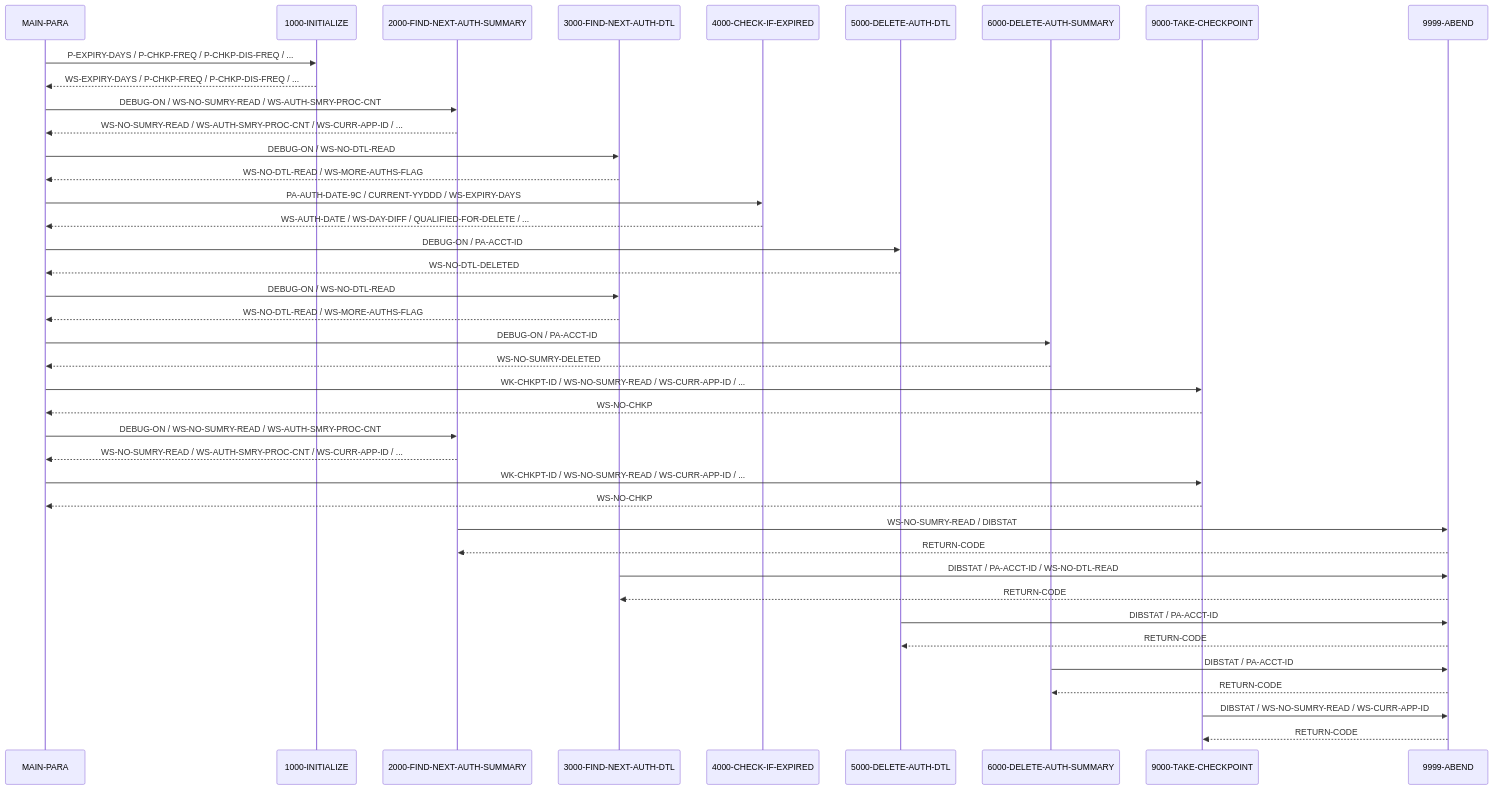
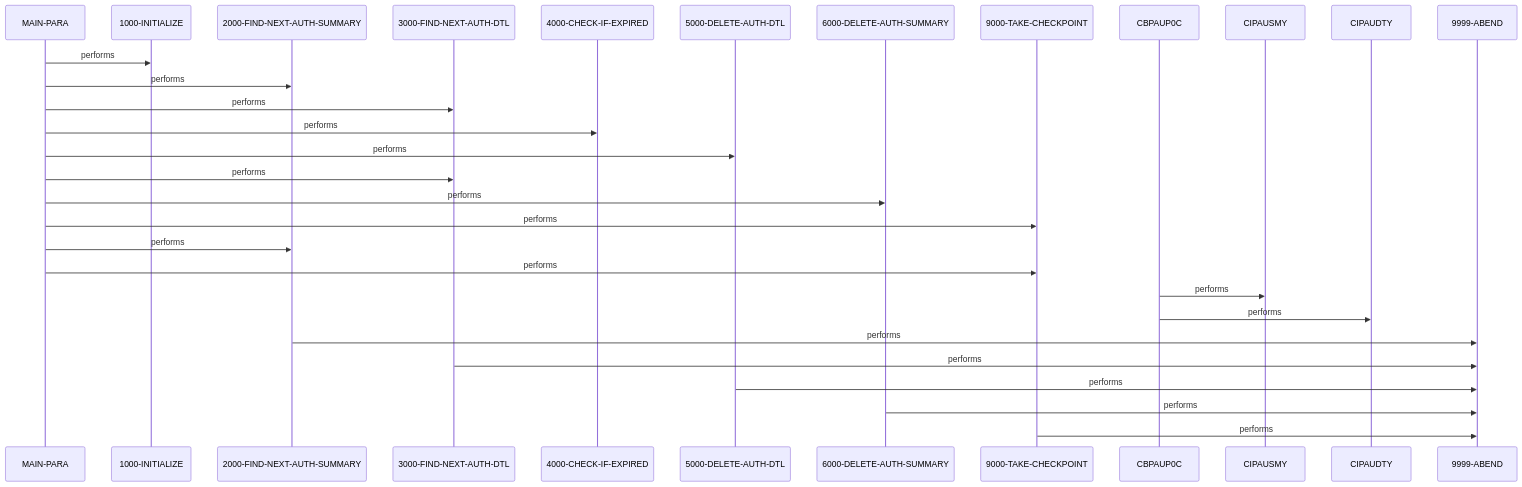
The second of 2 diagrams in example_output/cbl/CBPAUP0C.cbl.md (andrasfe/war_rig), drawn with Mermaid before and after one commit. The commit also changed other lines of this file and 264 other files, not shown here.

````diff
--- a/example_output/cbl/CBPAUP0C.cbl.md
+++ b/example_output/cbl/CBPAUP0C.cbl.md
@@ -112,42 +125,32 @@
 ```mermaid
 sequenceDiagram
     participant MAIN_PARA as MAIN-PARA
     participant 1000_INITIALIZE as 1000-INITIALIZE
     participant 2000_FIND_NEXT_AUTH_SUMMARY as 2000-FIND-NEXT-AUTH-SUMMARY
     participant 3000_FIND_NEXT_AUTH_DTL as 3000-FIND-NEXT-AUTH-DTL
     participant 4000_CHECK_IF_EXPIRED as 4000-CHECK-IF-EXPIRED
     participant 5000_DELETE_AUTH_DTL as 5000-DELETE-AUTH-DTL
     participant 6000_DELETE_AUTH_SUMMARY as 6000-DELETE-AUTH-SUMMARY
     participant 9000_TAKE_CHECKPOINT as 9000-TAKE-CHECKPOINT
+    participant CBPAUP0C as CBPAUP0C
+    participant CIPAUSMY as CIPAUSMY
+    participant CIPAUDTY as CIPAUDTY
     participant 9999_ABEND as 9999-ABEND
-    MAIN_PARA->>1000_INITIALIZE: P-EXPIRY-DAYS / P-CHKP-FREQ / P-CHKP-DIS-FREQ / ...
-    1000_INITIALIZE-->>MAIN_PARA: WS-EXPIRY-DAYS / P-CHKP-FREQ / P-CHKP-DIS-FREQ / ...
-    MAIN_PARA->>2000_FIND_NEXT_AUTH_SUMMARY: DEBUG-ON / WS-NO-SUMRY-READ / WS-AUTH-SMRY-PROC-CNT
-    2000_FIND_NEXT_AUTH_SUMMARY-->>MAIN_PARA: WS-NO-SUMRY-READ / WS-AUTH-SMRY-PROC-CNT / WS-CURR-APP-ID / ...
-    MAIN_PARA->>3000_FIND_NEXT_AUTH_DTL: DEBUG-ON / WS-NO-DTL-READ
-    3000_FIND_NEXT_AUTH_DTL-->>MAIN_PARA: WS-NO-DTL-READ / WS-MORE-AUTHS-FLAG
-    MAIN_PARA->>4000_CHECK_IF_EXPIRED: PA-AUTH-DATE-9C / CURRENT-YYDDD / WS-EXPIRY-DAYS
-    4000_CHECK_IF_EXPIRED-->>MAIN_PARA: WS-AUTH-DATE / WS-DAY-DIFF / QUALIFIED-FOR-DELETE / ...
-    MAIN_PARA->>5000_DELETE_AUTH_DTL: DEBUG-ON / PA-ACCT-ID
-    5000_DELETE_AUTH_DTL-->>MAIN_PARA: WS-NO-DTL-DELETED
-    MAIN_PARA->>3000_FIND_NEXT_AUTH_DTL: DEBUG-ON / WS-NO-DTL-READ
-    3000_FIND_NEXT_AUTH_DTL-->>MAIN_PARA: WS-NO-DTL-READ / WS-MORE-AUTHS-FLAG
-    MAIN_PARA->>6000_DELETE_AUTH_SUMMARY: DEBUG-ON / PA-ACCT-ID
-    6000_DELETE_AUTH_SUMMARY-->>MAIN_PARA: WS-NO-SUMRY-DELETED
-    MAIN_PARA->>9000_TAKE_CHECKPOINT: WK-CHKPT-ID / WS-NO-SUMRY-READ / WS-CURR-APP-ID / ...
-    9000_TAKE_CHECKPOINT-->>MAIN_PARA: WS-NO-CHKP
-    MAIN_PARA->>2000_FIND_NEXT_AUTH_SUMMARY: DEBUG-ON / WS-NO-SUMRY-READ / WS-AUTH-SMRY-PROC-CNT
-    2000_FIND_NEXT_AUTH_SUMMARY-->>MAIN_PARA: WS-NO-SUMRY-READ / WS-AUTH-SMRY-PROC-CNT / WS-CURR-APP-ID / ...
-    MAIN_PARA->>9000_TAKE_CHECKPOINT: WK-CHKPT-ID / WS-NO-SUMRY-READ / WS-CURR-APP-ID / ...
-    9000_TAKE_CHECKPOINT-->>MAIN_PARA: WS-NO-CHKP
-    2000_FIND_NEXT_AUTH_SUMMARY->>9999_ABEND: WS-NO-SUMRY-READ / DIBSTAT
-    9999_ABEND-->>2000_FIND_NEXT_AUTH_SUMMARY: RETURN-CODE
-    3000_FIND_NEXT_AUTH_DTL->>9999_ABEND: DIBSTAT / PA-ACCT-ID / WS-NO-DTL-READ
-    9999_ABEND-->>3000_FIND_NEXT_AUTH_DTL: RETURN-CODE
-    5000_DELETE_AUTH_DTL->>9999_ABEND: DIBSTAT / PA-ACCT-ID
-    9999_ABEND-->>5000_DELETE_AUTH_DTL: RETURN-CODE
-    6000_DELETE_AUTH_SUMMARY->>9999_ABEND: DIBSTAT / PA-ACCT-ID
-    9999_ABEND-->>6000_DELETE_AUTH_SUMMARY: RETURN-CODE
-    9000_TAKE_CHECKPOINT->>9999_ABEND: DIBSTAT / WS-NO-SUMRY-READ / WS-CURR-APP-ID
-    9999_ABEND-->>9000_TAKE_CHECKPOINT: RETURN-CODE
+    MAIN_PARA->>1000_INITIALIZE: performs
+    MAIN_PARA->>2000_FIND_NEXT_AUTH_SUMMARY: performs
+    MAIN_PARA->>3000_FIND_NEXT_AUTH_DTL: performs
+    MAIN_PARA->>4000_CHECK_IF_EXPIRED: performs
+    MAIN_PARA->>5000_DELETE_AUTH_DTL: performs
+    MAIN_PARA->>3000_FIND_NEXT_AUTH_DTL: performs
+    MAIN_PARA->>6000_DELETE_AUTH_SUMMARY: performs
+    MAIN_PARA->>9000_TAKE_CHECKPOINT: performs
+    MAIN_PARA->>2000_FIND_NEXT_AUTH_SUMMARY: performs
+    MAIN_PARA->>9000_TAKE_CHECKPOINT: performs
+    CBPAUP0C->>CIPAUSMY: performs
+    CBPAUP0C->>CIPAUDTY: performs
+    2000_FIND_NEXT_AUTH_SUMMARY->>9999_ABEND: performs
+    3000_FIND_NEXT_AUTH_DTL->>9999_ABEND: performs
+    5000_DELETE_AUTH_DTL->>9999_ABEND: performs
+    6000_DELETE_AUTH_SUMMARY->>9999_ABEND: performs
+    9000_TAKE_CHECKPOINT->>9999_ABEND: performs
 ```
````
